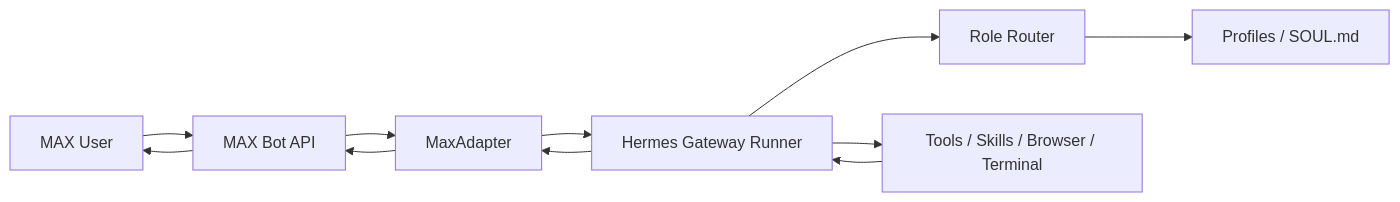
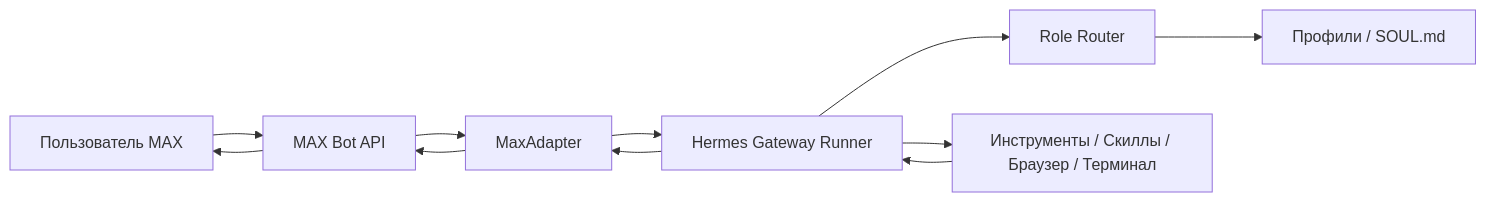
The first of 2 diagrams in docs/ARCHITECTURE.md (pavelvladimirovich258614-sys/max_hermes_agent_new), drawn with Mermaid before and after one commit. The commit also changed other lines of this file and 23 other files, not shown here.

````diff
--- a/docs/ARCHITECTURE.md
+++ b/docs/ARCHITECTURE.md
@@ -9,13 +9,13 @@
 ```mermaid
 flowchart LR
-    U[MAX User] --> M[MAX Bot API]
+    U[Пользователь MAX] --> M[MAX Bot API]
     M --> A[MaxAdapter]
     A --> G[Hermes Gateway Runner]
     G --> R[Role Router]
-    R --> P[Profiles / SOUL.md]
-    G --> T[Tools / Skills / Browser / Terminal]
+    R --> P[Профили / SOUL.md]
+    G --> T[Инструменты / Скиллы / Браузер / Терминал]
     T --> G
     G --> A
     A --> M
     M --> U
 ```
````
